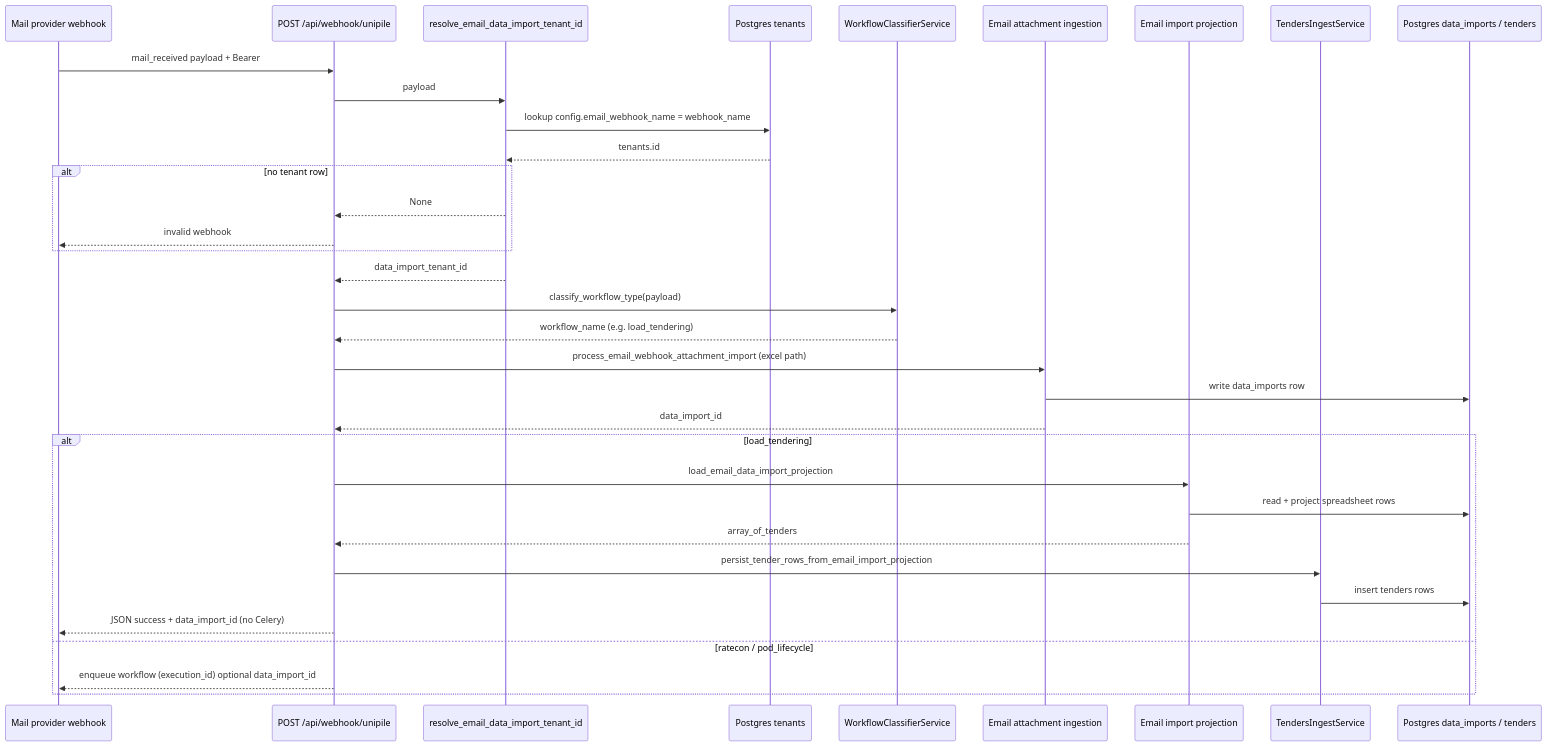
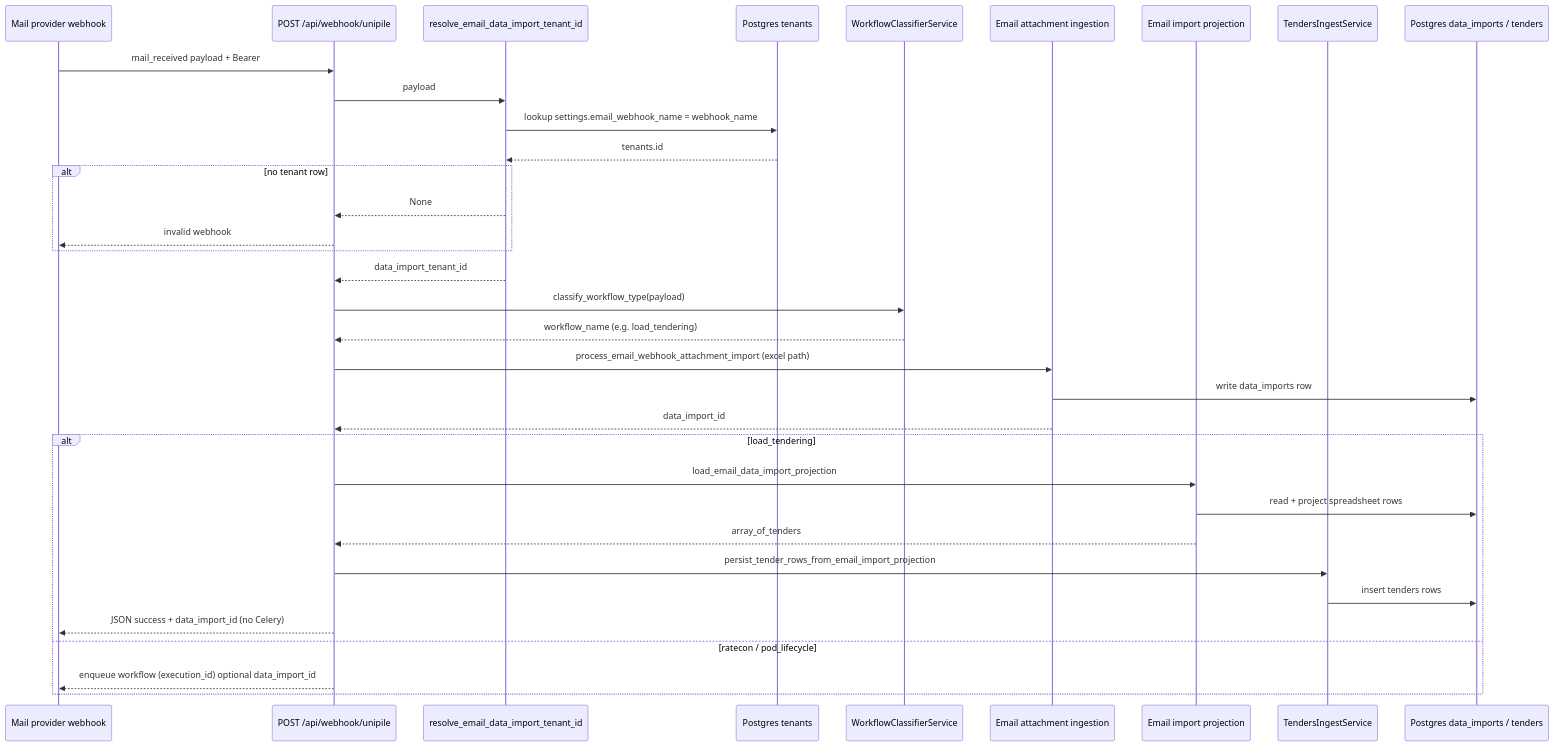
Before and after one commit to lil-bunny/testingmulti: the first of 2 diagrams in docs/load_tendering_email_webhook_flow.md, drawn with Mermaid. The commit also changed other lines of this file and 14 other files, not shown here.

````diff
--- a/docs/load_tendering_email_webhook_flow.md
+++ b/docs/load_tendering_email_webhook_flow.md
@@ -20,37 +20,37 @@
 ```mermaid
 sequenceDiagram
     participant U as Mail provider webhook
     participant API as POST /api/webhook/unipile
     participant R as resolve_email_data_import_tenant_id
     participant DBt as Postgres tenants
     participant C as WorkflowClassifierService
     participant Ing as Email attachment ingestion
     participant DIP as Email import projection
     participant TI as TendersIngestService
     participant DBi as Postgres data_imports / tenders
 
     U->>API: mail_received payload + Bearer
     API->>R: payload
-    R->>DBt: lookup config.email_webhook_name = webhook_name
+    R->>DBt: lookup settings.email_webhook_name = webhook_name
     DBt-->>R: tenants.id
     alt no tenant row
         R-->>API: None
         API-->>U: invalid webhook
     end
     R-->>API: data_import_tenant_id
     API->>C: classify_workflow_type(payload)
     C-->>API: workflow_name (e.g. load_tendering)
     API->>Ing: process_email_webhook_attachment_import (excel path)
     Ing->>DBi: write data_imports row
     Ing-->>API: data_import_id
     alt load_tendering
         API->>DIP: load_email_data_import_projection
         DIP->>DBi: read + project spreadsheet rows
         DIP-->>API: array_of_tenders
         API->>TI: persist_tender_rows_from_email_import_projection
         TI->>DBi: insert tenders rows
         API-->>U: JSON success + data_import_id (no Celery)
     else ratecon / pod_lifecycle
         API-->>U: enqueue workflow (execution_id) optional data_import_id
     end
 ```
````
